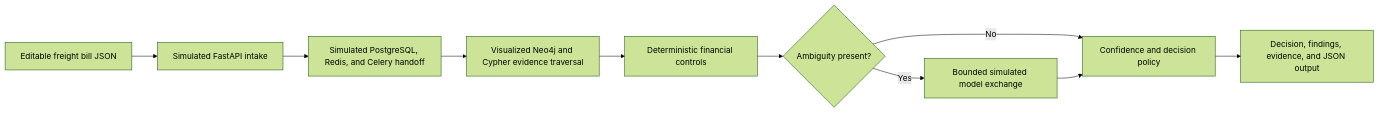
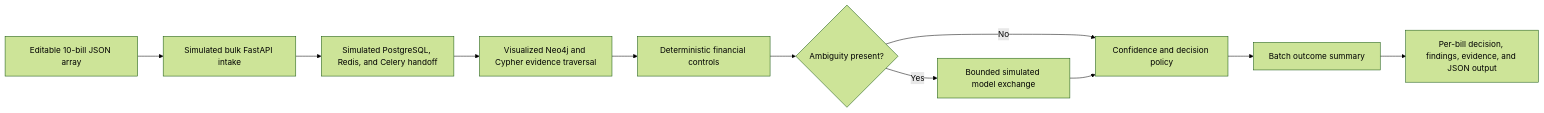
The diagram in docs/frontend-only-demo.md (smitzo/Finance_Agent), drawn with Mermaid (forest theme) before and after one commit. The commit also changed other lines of this file and 5 other files, not shown here.

Commit message:
Process a ten-bill frontend demo batch

````diff
--- a/docs/frontend-only-demo.md
+++ b/docs/frontend-only-demo.md
@@ -24,12 +24,13 @@
 ```mermaid
 flowchart LR
-    INPUT[Editable freight bill JSON] --> API[Simulated FastAPI intake]
+    INPUT[Editable 10-bill JSON array] --> API[Simulated bulk FastAPI intake]
     API --> QUEUE[Simulated PostgreSQL, Redis, and Celery handoff]
     QUEUE --> GRAPH[Visualized Neo4j and Cypher evidence traversal]
     GRAPH --> RULES[Deterministic financial controls]
     RULES --> GATE{Ambiguity present?}
     GATE -->|No| POLICY[Confidence and decision policy]
     GATE -->|Yes| MODEL[Bounded simulated model exchange]
     MODEL --> POLICY
-    POLICY --> OUTPUT[Decision, findings, evidence, and JSON output]
+    POLICY --> SUMMARY[Batch outcome summary]
+    SUMMARY --> OUTPUT[Per-bill decision, findings, evidence, and JSON output]
 ```
````
